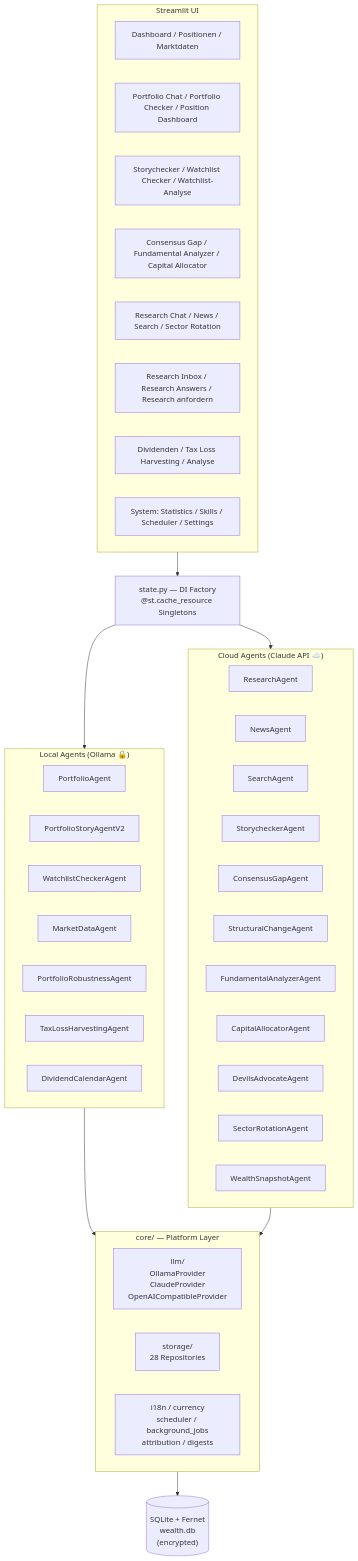
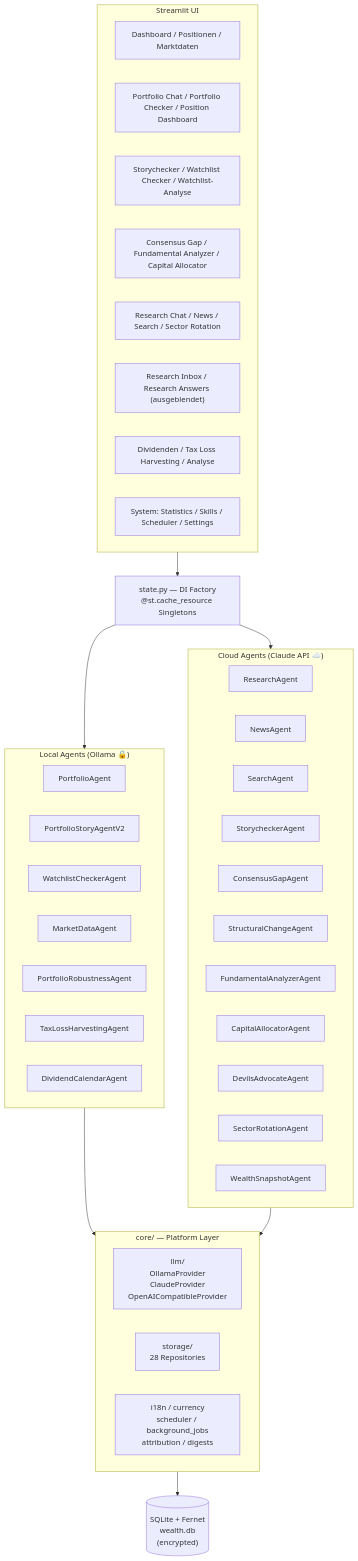
The first of 3 diagrams in ARCHITECTURE.md (esc1899/wealth_management), drawn with Mermaid before and after one commit. The commit also changed 6 other files, not shown here.

````diff
--- a/ARCHITECTURE.md
+++ b/ARCHITECTURE.md
@@ -5,54 +5,54 @@
 ```mermaid
 graph TD
     subgraph UI["Streamlit UI"]
         PG1["Dashboard / Positionen / Marktdaten"]
         PG2["Portfolio Chat / Portfolio Checker / Position Dashboard"]
         PG3["Storychecker / Watchlist Checker / Watchlist-Analyse"]
         PG4["Consensus Gap / Fundamental Analyzer / Capital Allocator"]
         PG5["Research Chat / News / Search / Sector Rotation"]
-        PG6["Research Inbox / Research Answers / Research anfordern"]
+        PG6["Research Inbox / Research Answers (ausgeblendet)"]
         PG7["Dividenden / Tax Loss Harvesting / Analyse"]
         PG8["System: Statistics / Skills / Scheduler / Settings"]
     end
 
     state["state.py — DI Factory<br/>@st.cache_resource Singletons"]
 
     subgraph Local["Local Agents (Ollama 🔒)"]
         PA["PortfolioAgent"]
         PSA["PortfolioStoryAgentV2"]
         WCA["WatchlistCheckerAgent"]
         MDA["MarketDataAgent"]
         PRA["PortfolioRobustnessAgent"]
         TLH["TaxLossHarvestingAgent"]
         DCA["DividendCalendarAgent"]
     end
 
     subgraph Cloud["Cloud Agents (Claude API ☁️)"]
         RA["ResearchAgent"]
         NA["NewsAgent"]
         SA["SearchAgent"]
         SCA["StorycheckerAgent"]
         CGA["ConsensusGapAgent"]
         STA["StructuralChangeAgent"]
         FAA["FundamentalAnalyzerAgent"]
         CAA["CapitalAllocatorAgent"]
         DAA["DevilsAdvocateAgent"]
         SRA["SectorRotationAgent"]
         WSA["WealthSnapshotAgent"]
     end
 
     subgraph Core["core/ — Platform Layer"]
         LLM["llm/<br/>OllamaProvider<br/>ClaudeProvider<br/>OpenAICompatibleProvider"]
         STOR["storage/<br/>28 Repositories"]
         UTIL["i18n / currency<br/>scheduler / background_jobs<br/>attribution / digests"]
     end
 
     DB[("SQLite + Fernet<br/>wealth.db<br/>(encrypted)")]
 
     UI --> state
     state --> Local
     state --> Cloud
     Local --> Core
     Cloud --> Core
     Core --> DB
 ```
````
